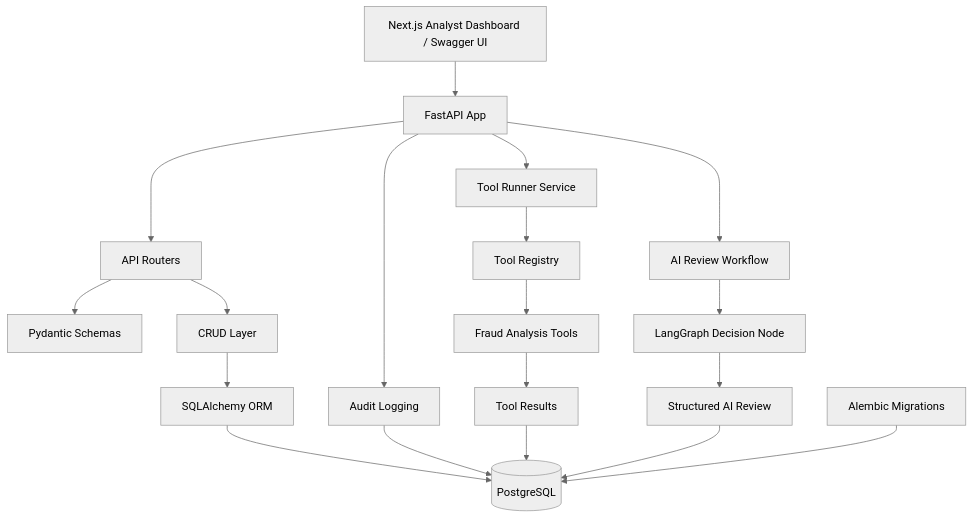
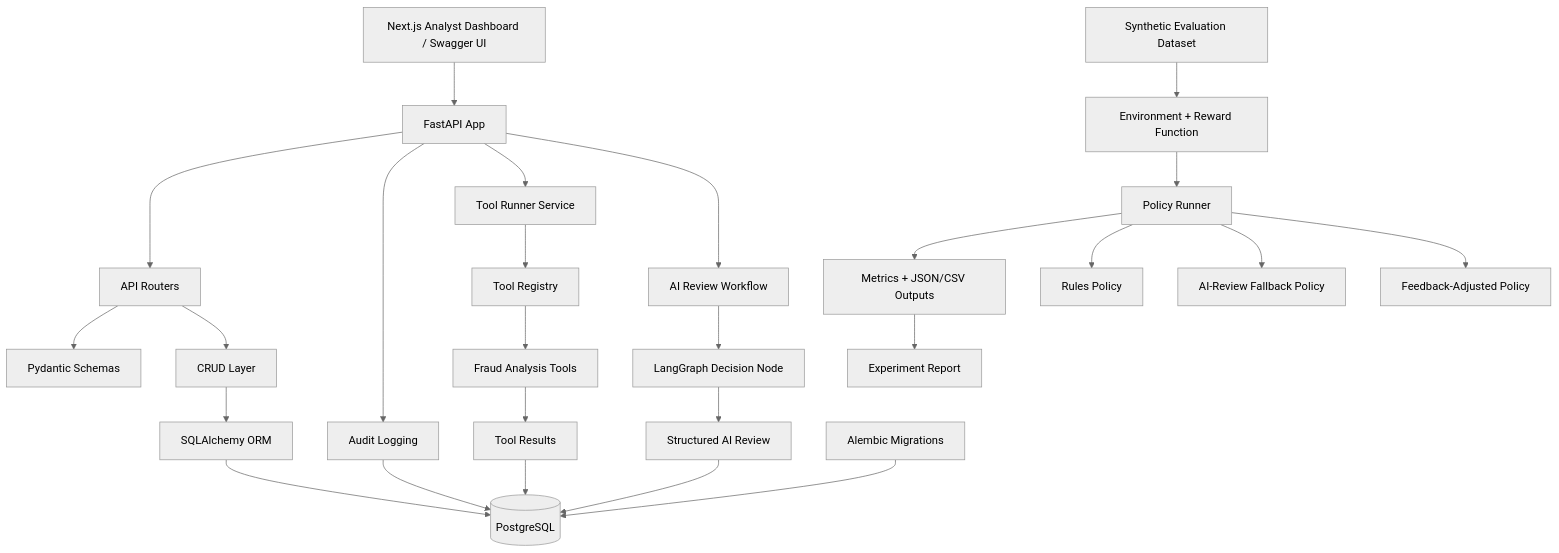
The second of 2 diagrams in README.md (dkapesa/AI-Verification-Copilot), drawn with Mermaid (neutral theme) before and after one commit. The commit also changed other lines of this file, not shown here.

````diff
--- a/README.md
+++ b/README.md
@@ -626,28 +654,36 @@
 ```mermaid
 flowchart TD
     A[Next.js Analyst Dashboard / Swagger UI] --> B[FastAPI App]
 
     B --> C[API Routers]
     C --> D[Pydantic Schemas]
 
     C --> E[CRUD Layer]
     E --> F[SQLAlchemy ORM]
     F --> G[(PostgreSQL)]
 
     B --> H[Audit Logging]
     H --> G
 
     B --> I[Tool Runner Service]
     I --> J[Tool Registry]
     J --> K[Fraud Analysis Tools]
 
     K --> L[Tool Results]
     L --> G
 
     B --> M[AI Review Workflow]
     M --> N[LangGraph Decision Node]
     N --> O[Structured AI Review]
     O --> G
 
     P[Alembic Migrations] --> G
+
+    Q[Synthetic Evaluation Dataset] --> R[Environment + Reward Function]
+    R --> S[Policy Runner]
+    S --> T[Metrics + JSON/CSV Outputs]
+    S --> U[Rules Policy]
+    S --> V[AI-Review Fallback Policy]
+    S --> W[Feedback-Adjusted Policy]
+    T --> X[Experiment Report]
 ```
````
